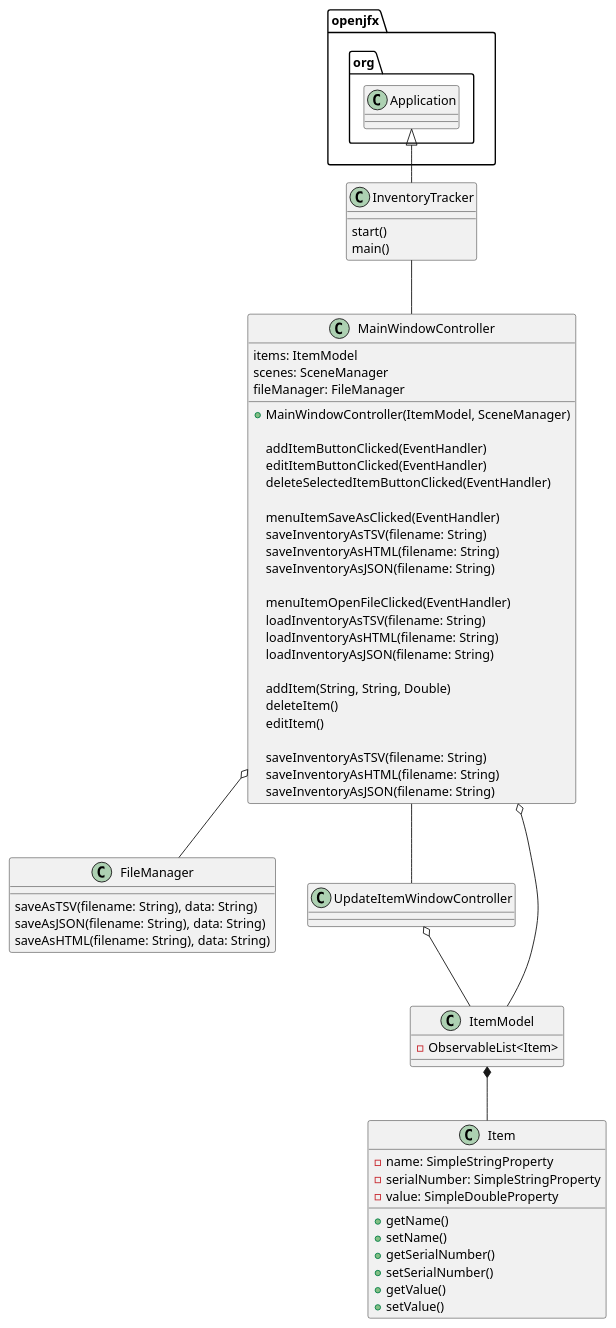
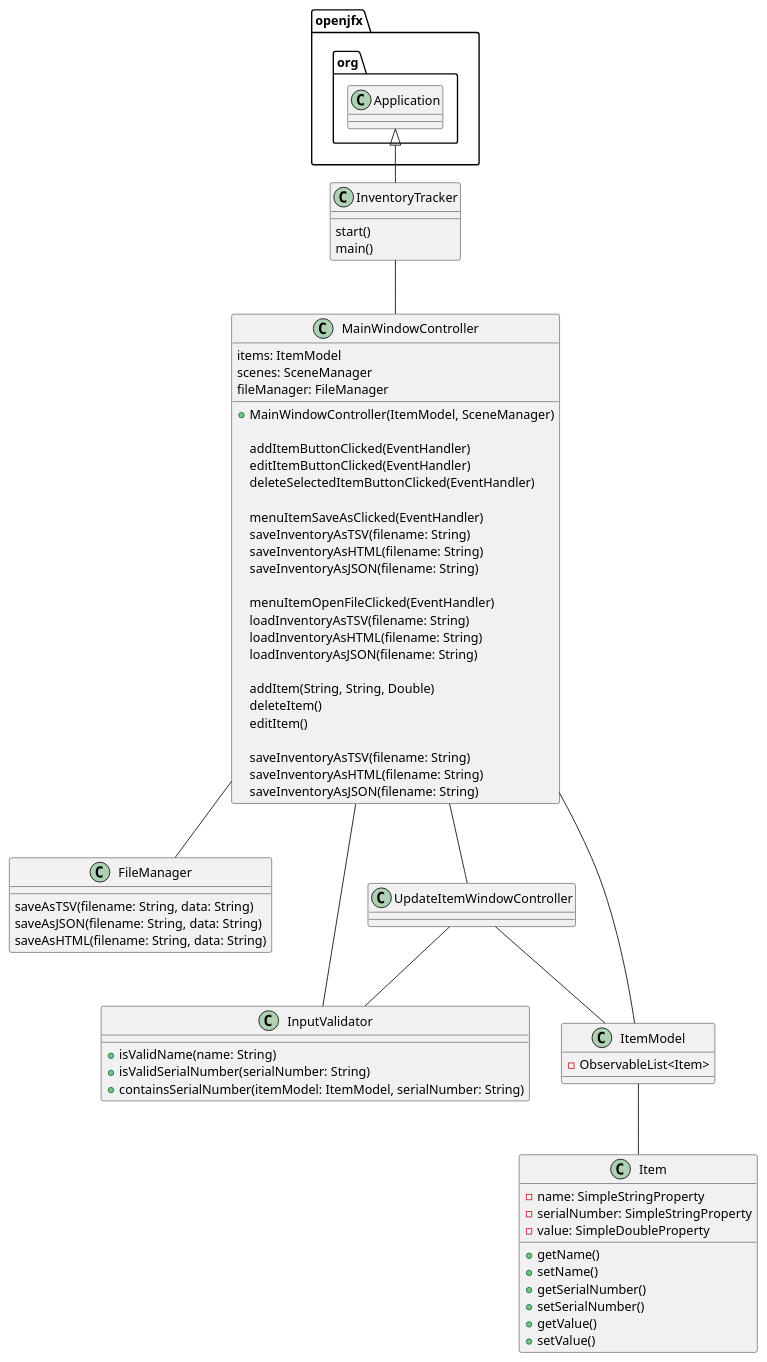
One commit to mredelis/COP3330-OOP-AS5-Summer21 changed the diagram in uml/as5.puml. Above: the diagram before and after it, drawn with PlantUML. The commit also changed 11 other files, not shown here.

```diff
--- a/uml/as5.puml
+++ b/uml/as5.puml
@@ -1,77 +1,85 @@
 @startuml
 
 class InventoryTracker {
     start()
     main()
 }
 
 class MainWindowController {
     items: ItemModel
     scenes: SceneManager
     fileManager: FileManager
 
     + MainWindowController(ItemModel, SceneManager)
 
     addItemButtonClicked(EventHandler)
     editItemButtonClicked(EventHandler)
     deleteSelectedItemButtonClicked(EventHandler)
 
     menuItemSaveAsClicked(EventHandler)
     saveInventoryAsTSV(filename: String)
     saveInventoryAsHTML(filename: String)
     saveInventoryAsJSON(filename: String)
 
     menuItemOpenFileClicked(EventHandler)
     loadInventoryAsTSV(filename: String)
     loadInventoryAsHTML(filename: String)
     loadInventoryAsJSON(filename: String)
 
     addItem(String, String, Double)
     deleteItem()
     editItem()
 
     saveInventoryAsTSV(filename: String)
     saveInventoryAsHTML(filename: String)
     saveInventoryAsJSON(filename: String)
 }
 
 class FileManager {
-    saveAsTSV(filename: String), data: String)
-    saveAsJSON(filename: String), data: String)
-    saveAsHTML(filename: String), data: String)
+    saveAsTSV(filename: String, data: String)
+    saveAsJSON(filename: String, data: String)
+    saveAsHTML(filename: String, data: String)
 }
 
 class UpdateItemWindowController {
+}
+
+class InputValidator {
+    + isValidName(name: String)
+    + isValidSerialNumber(serialNumber: String)
+    + containsSerialNumber(itemModel: ItemModel, serialNumber: String)
 }
 
 
 class ItemModel {
     - ObservableList<Item>
 
     /' ObservableList is not serializable
        Copying everything over a normal list
        Use Gson on that normal list '/
 }
 
 class Item {
     - name: SimpleStringProperty
     - serialNumber: SimpleStringProperty
     - value: SimpleDoubleProperty
 
     + getName()
     + setName()
     + getSerialNumber()
     + setSerialNumber()
     + getValue()
     + setValue()
 }
 
 openjfx.org.Application <|-- InventoryTracker
 InventoryTracker -- MainWindowController
-MainWindowController o-- ItemModel
+MainWindowController -- ItemModel
 MainWindowController -- UpdateItemWindowController
-UpdateItemWindowController o-- ItemModel
-ItemModel *-- Item
-MainWindowController o-- FileManager
+MainWindowController -- InputValidator
+UpdateItemWindowController -- InputValidator
+UpdateItemWindowController -- ItemModel
+ItemModel -- Item
+MainWindowController -- FileManager
 
 @enduml
```
